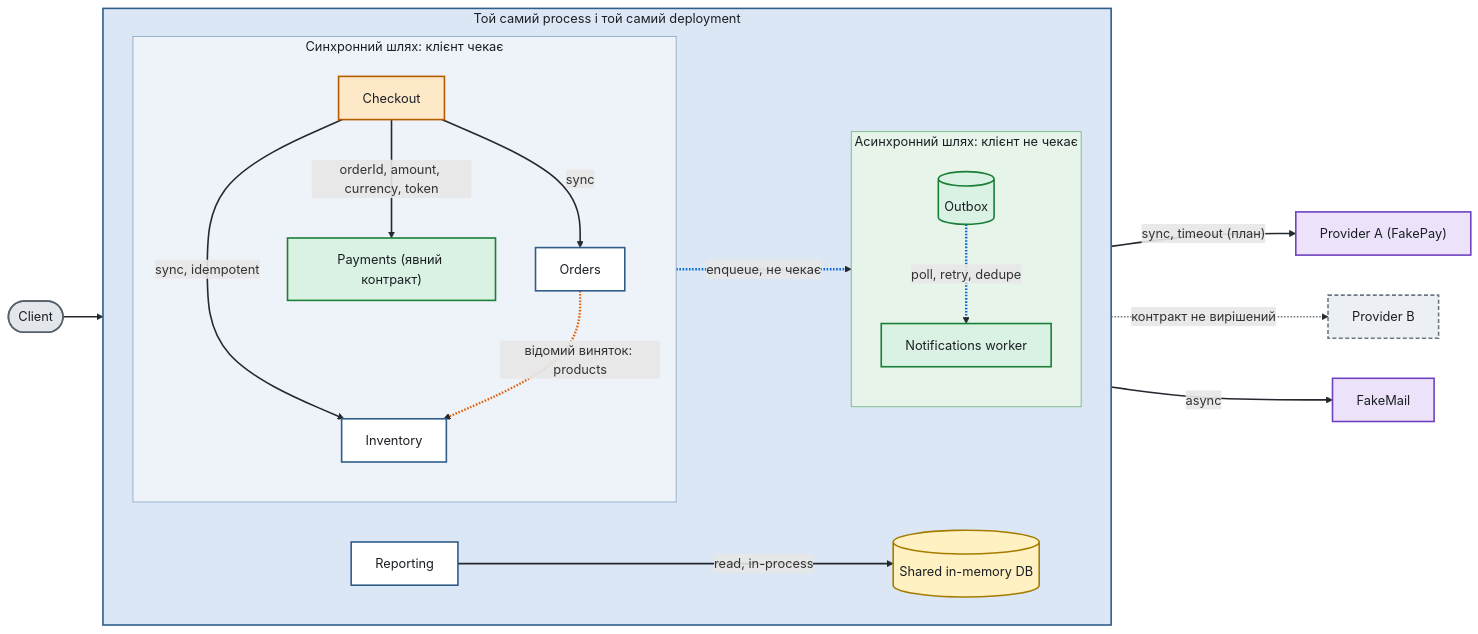
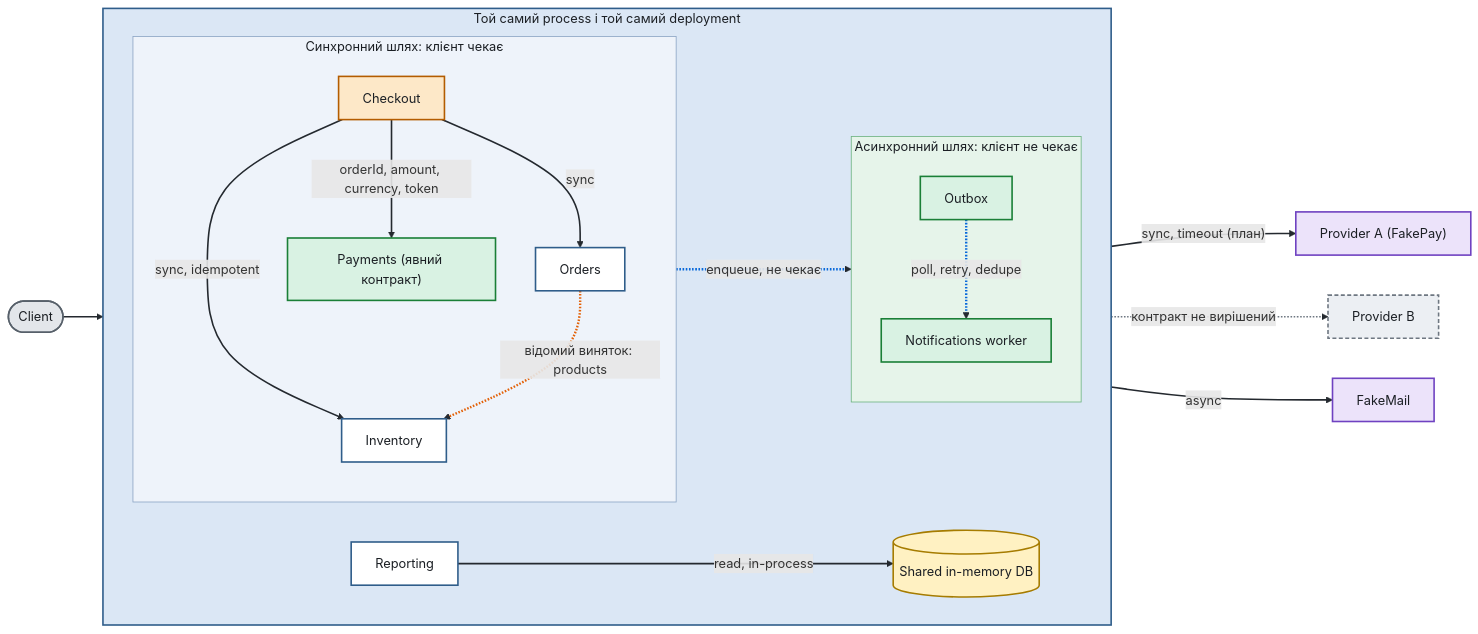
The third of 6 diagrams in REPORT.md (Stokratq/architecture-module-1), drawn with Mermaid before and after one commit.

Commit message:
Fix formatting of Outbox label in REPORT.

````diff
--- a/REPORT.md
+++ b/REPORT.md
@@ -240,53 +240,53 @@
 ```mermaid
 flowchart LR
     Client(["Client"]) --> Checkout
     subgraph M["Той самий process і той самий deployment"]
         direction LR
         subgraph S["Синхронний шлях: клієнт чекає"]
             direction TB
             Checkout
             Orders
             Inventory
             Pay["Payments (явний контракт)"]
         end
         subgraph A["Асинхронний шлях: клієнт не чекає"]
             direction TB
-            Outbox[("Outbox")]
+            Outbox["Outbox"]
             Worker["Notifications worker"]
         end
         Reporting
         DB[("Shared in-memory DB")]
     end
     Checkout -->|"sync"| Orders
     Checkout -->|"sync, idempotent"| Inventory
     Checkout -->|"orderId, amount, currency, token"| Pay
     Checkout -.->|"enqueue, не чекає"| Outbox
     Outbox -.->|"poll, retry, dedupe"| Worker
     Pay -->|"sync, timeout (план)"| ProvA["Provider A (FakePay)"]
     Pay -.->|"контракт не вирішений"| ProvB["Provider B"]
     Worker -->|"async"| FakeMail["FakeMail"]
     Orders -.->|"відомий виняток: products"| Inventory
     Reporting -->|"read, in-process"| DB
 
     classDef mod fill:#ffffff,stroke:#2f5d8a,stroke-width:2px,color:#1b1f24
     classDef orch fill:#fde8c8,stroke:#b35c00,stroke-width:2px,color:#1b1f24
     classDef newc fill:#d9f2e3,stroke:#1a7f37,stroke-width:2px,color:#1b1f24
     classDef store fill:#fff1c2,stroke:#a67c00,stroke-width:2px,color:#1b1f24
     classDef ext fill:#ece3fa,stroke:#6f42c1,stroke-width:2px,color:#1b1f24
     classDef planned fill:#eceff3,stroke:#6e7781,stroke-dasharray:5 3,stroke-width:2px,color:#1b1f24
     classDef actor fill:#e3e6ea,stroke:#57606a,stroke-width:2px,color:#1b1f24
     class Orders,Inventory,Reporting mod
     class Checkout orch
     class Pay,Outbox,Worker newc
     class DB store
     class ProvA,FakeMail ext
     class ProvB planned
     class Client actor
     style M fill:#dbe7f5,stroke:#2f5d8a,stroke-width:2px,color:#1b1f24
     style S fill:#eef3fa,stroke:#8aa4c4,color:#1b1f24
     style A fill:#e6f4ea,stroke:#6bb27f,color:#1b1f24
     linkStyle default stroke:#24292f,stroke-width:2px
     linkStyle 4,5 stroke:#0969da,stroke-width:3px
     linkStyle 7 stroke:#6e7781,stroke-width:2px
     linkStyle 9 stroke:#e36209,stroke-width:3px
 ```
````
